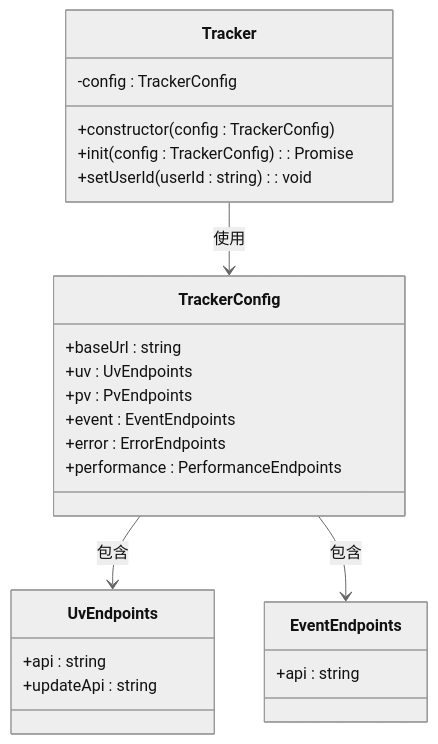
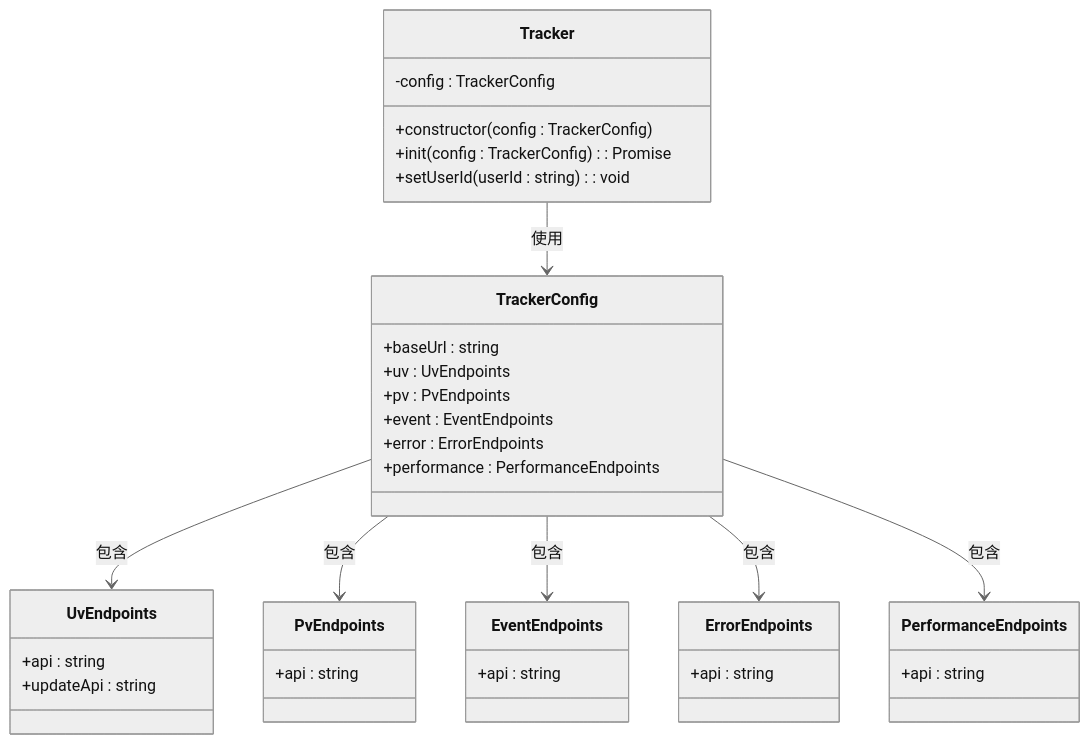
Before and after one commit to LihaoZDB/English-Study: the third of 11 diagrams in .qoder/repowiki/zh/content/学习进度跟踪模块.md, drawn with Mermaid (neutral theme). The commit also changed other lines of this file and 5 other files, not shown here.

````diff
--- a/.qoder/repowiki/zh/content/学习进度跟踪模块.md
+++ b/.qoder/repowiki/zh/content/学习进度跟踪模块.md
@@ -118,27 +192,39 @@
 ```mermaid
 classDiagram
 class Tracker {
 -config : TrackerConfig
 +constructor(config : TrackerConfig)
 +init(config : TrackerConfig) : Promise<void>
 +setUserId(userId : string) : void
 }
 class TrackerConfig {
 +baseUrl : string
 +uv : UvEndpoints
 +pv : PvEndpoints
 +event : EventEndpoints
 +error : ErrorEndpoints
 +performance : PerformanceEndpoints
 }
 class UvEndpoints {
 +api : string
 +updateApi : string
 }
 class EventEndpoints {
 +api : string
 }
+class PvEndpoints {
++api : string
+}
+class ErrorEndpoints {
++api : string
+}
+class PerformanceEndpoints {
++api : string
+}
 Tracker --> TrackerConfig : 使用
 TrackerConfig --> UvEndpoints : 包含
+TrackerConfig --> PvEndpoints : 包含
 TrackerConfig --> EventEndpoints : 包含
+TrackerConfig --> ErrorEndpoints : 包含
+TrackerConfig --> PerformanceEndpoints : 包含
 ```
````
